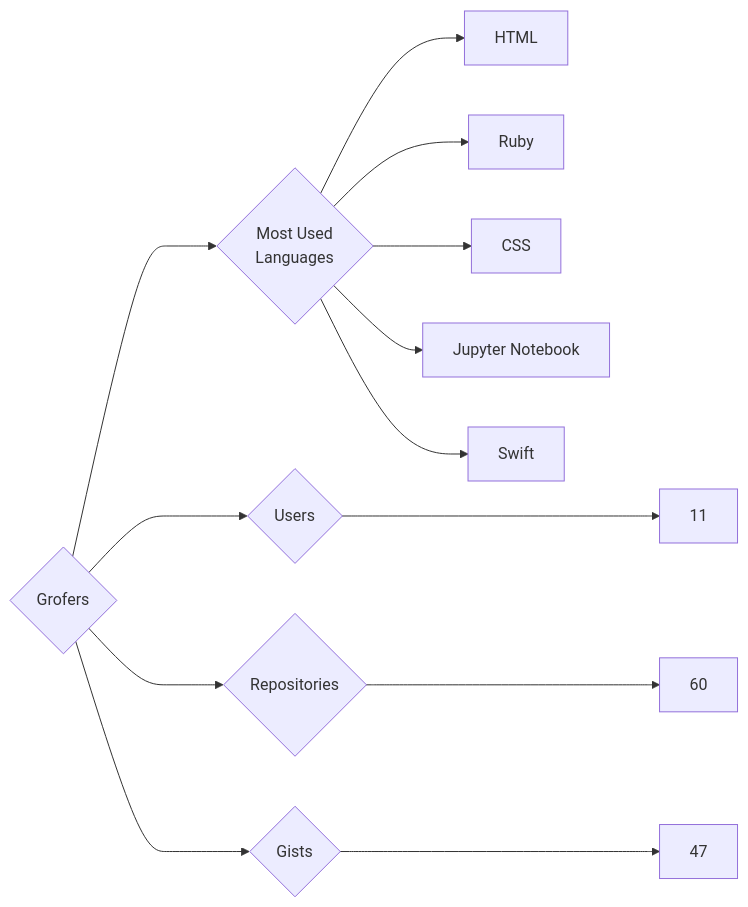
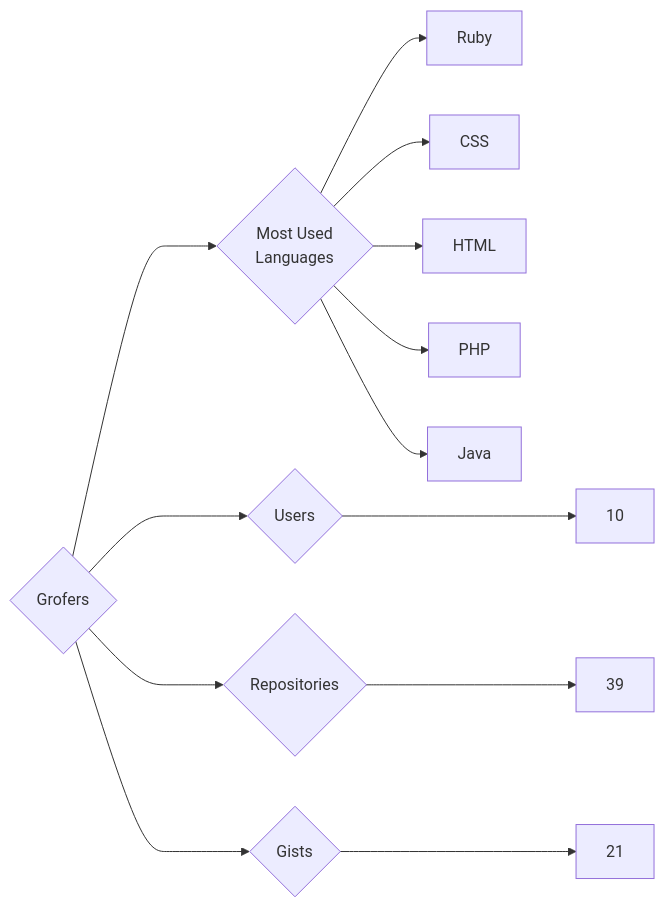
One commit to trickest/insiders changed the diagram in targets/Grofers/README.md. Above: the diagram before and after it, drawn with Mermaid. The commit also changed 1123 other files, not shown here.

````diff
--- a/targets/Grofers/README.md
+++ b/targets/Grofers/README.md
@@ -3,13 +3,13 @@
 ```mermaid
 graph LR
 COMPANY_NAME{Grofers}
-COMPANY_NAME ---> U{Users} ---> UN[11]
-COMPANY_NAME ---> R{Repositories} ---> RN[60]
-COMPANY_NAME ---> G{Gists} ---> GN[47]
+COMPANY_NAME ---> U{Users} ---> UN[10]
+COMPANY_NAME ---> R{Repositories} ---> RN[39]
+COMPANY_NAME ---> G{Gists} ---> GN[21]
 COMPANY_NAME ---> ML{Most Used<br>Languages}
-ML --> HTML[HTML]
 ML --> Ruby[Ruby]
 ML --> CSS[CSS]
-ML --> Jupyter_Notebook[Jupyter Notebook]
-ML --> Swift[Swift]
+ML --> HTML[HTML]
+ML --> PHP[PHP]
+ML --> Java[Java]
 ```
````
